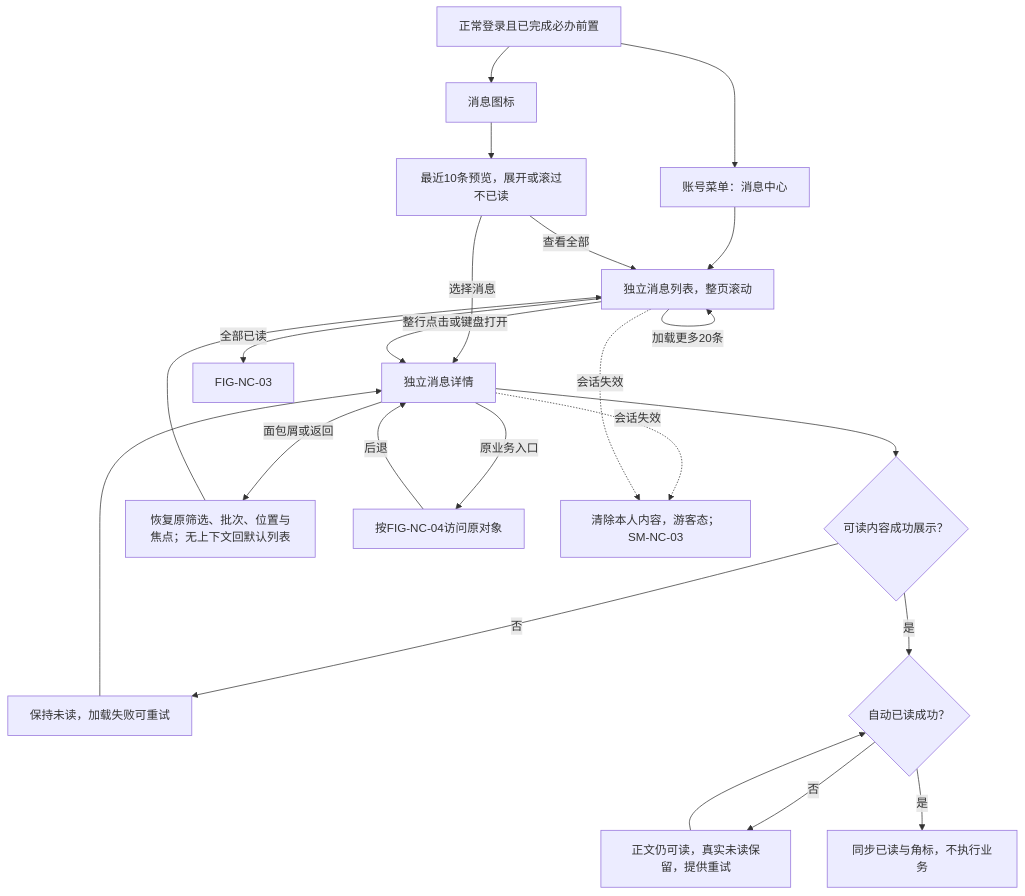
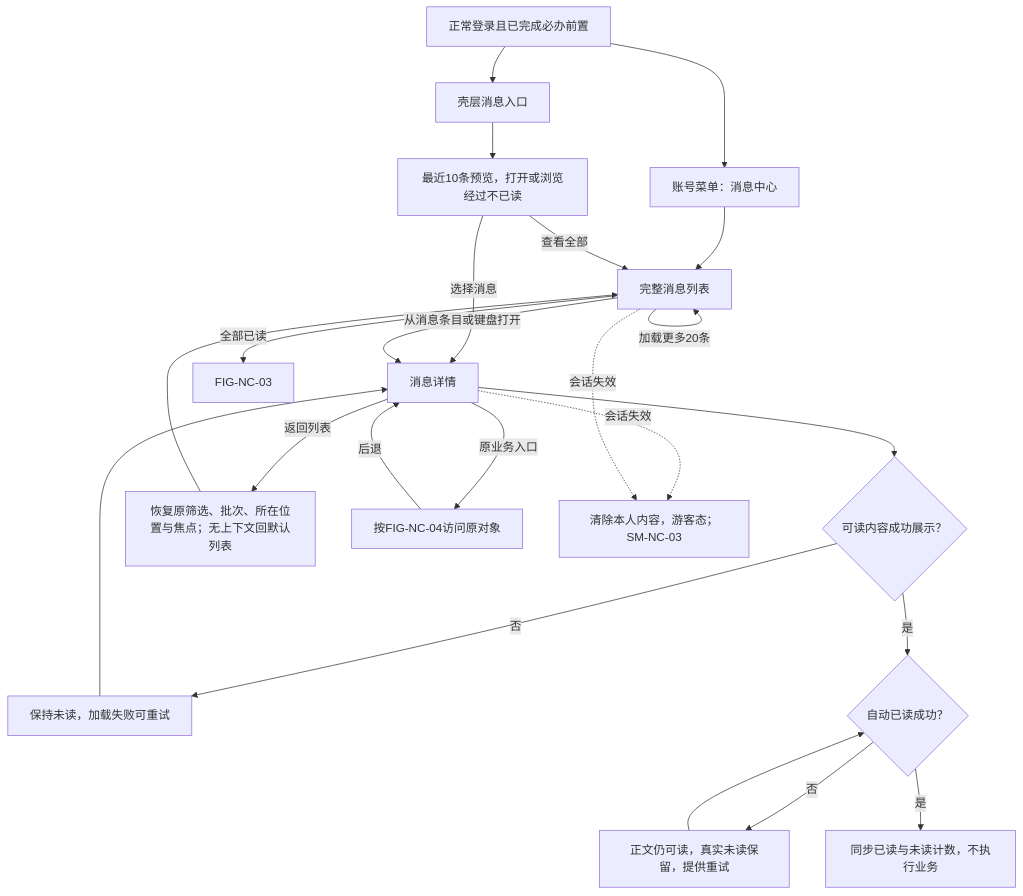
The second of 9 diagrams in lending-platform/PRD/v1.0-面客消息中心/02-面客消息中心-流程图与状态机.md (wxblockchain/Chain-Financing), drawn with Mermaid before and after one commit. The commit also changed other lines of this file and 4 other files, not shown here.

````diff
--- a/lending-platform/PRD/v1.0-面客消息中心/02-面客消息中心-流程图与状态机.md
+++ b/lending-platform/PRD/v1.0-面客消息中心/02-面客消息中心-流程图与状态机.md
@@ -48,26 +46,26 @@
 ```mermaid
 flowchart TD
-    A["正常登录且已完成必办前置"] --> B["消息图标"]
-    B --> C["最近10条预览，展开或滚过不已读"]
+    A["正常登录且已完成必办前置"] --> B["壳层消息入口"]
+    B --> C["最近10条预览，打开或浏览经过不已读"]
     A --> D["账号菜单：消息中心"]
-    D --> E["独立消息列表，整页滚动"]
+    D --> E["完整消息列表"]
     C -->|查看全部| E
-    C -->|选择消息| F["独立消息详情"]
-    E -->|整行点击或键盘打开| F
+    C -->|选择消息| F["消息详情"]
+    E -->|从消息条目或键盘打开| F
     E -->|分类与阅读筛选| E
     E -->|加载更多20条| E
     E -->|全部已读| ALL["FIG-NC-03"]
     F --> G{"可读内容成功展示？"}
     G -->|否| H["保持未读，加载失败可重试"]
     H --> F
     G -->|是| I{"自动已读成功？"}
     I -->|否| J["正文仍可读，真实未读保留，提供重试"]
     J --> I
-    I -->|是| K["同步已读与角标，不执行业务"]
-    F -->|面包屑或返回| R["恢复原筛选、批次、位置与焦点；无上下文回默认列表"]
+    I -->|是| K["同步已读与未读计数，不执行业务"]
+    F -->|返回列表| R["恢复原筛选、批次、所在位置与焦点；无上下文回默认列表"]
     R --> E
     F -->|原业务入口| T["按FIG-NC-04访问原对象"]
     T -->|后退| F
     F -.->|会话失效| S["清除本人内容，游客态；SM-NC-03"]
     E -.->|会话失效| S
 ```
````
